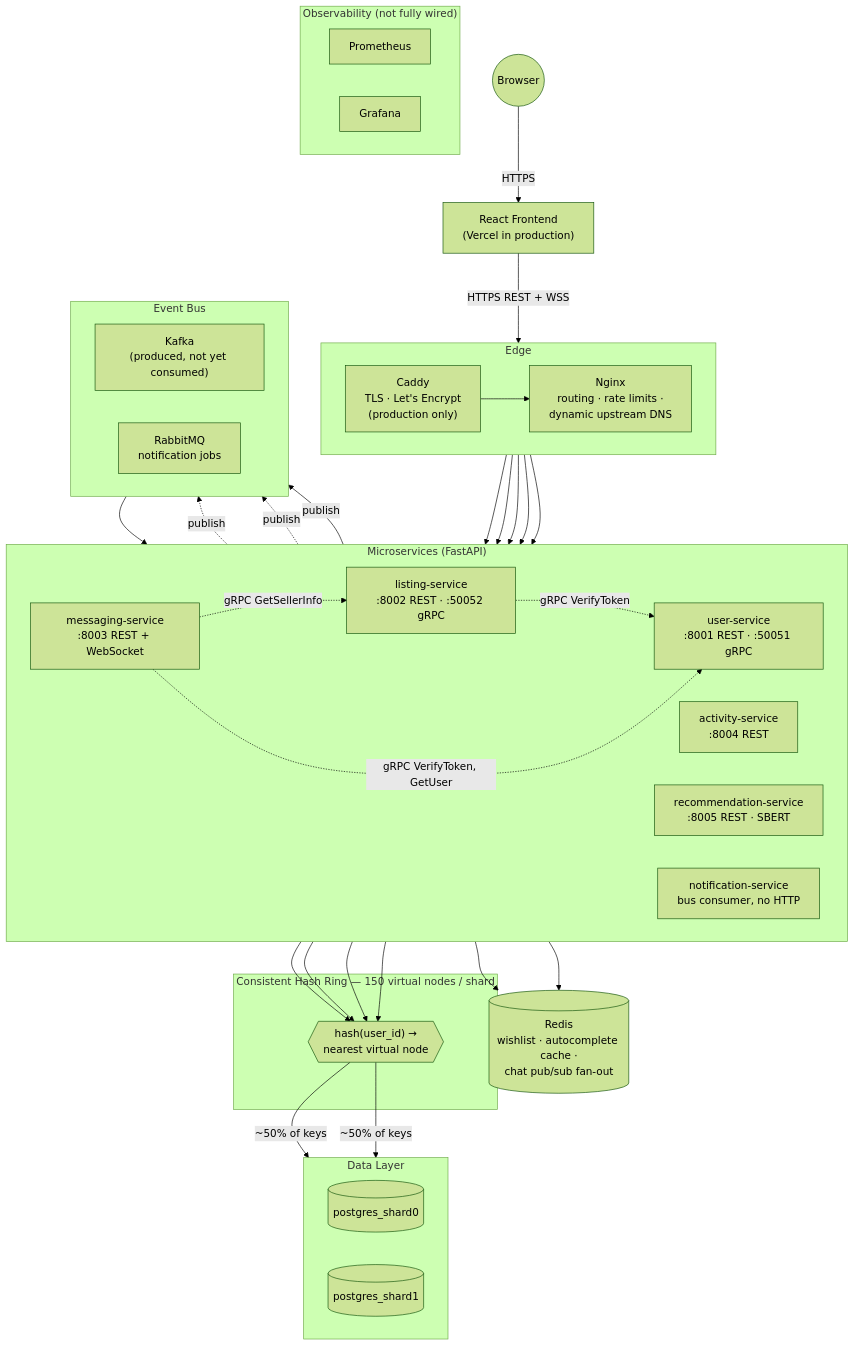
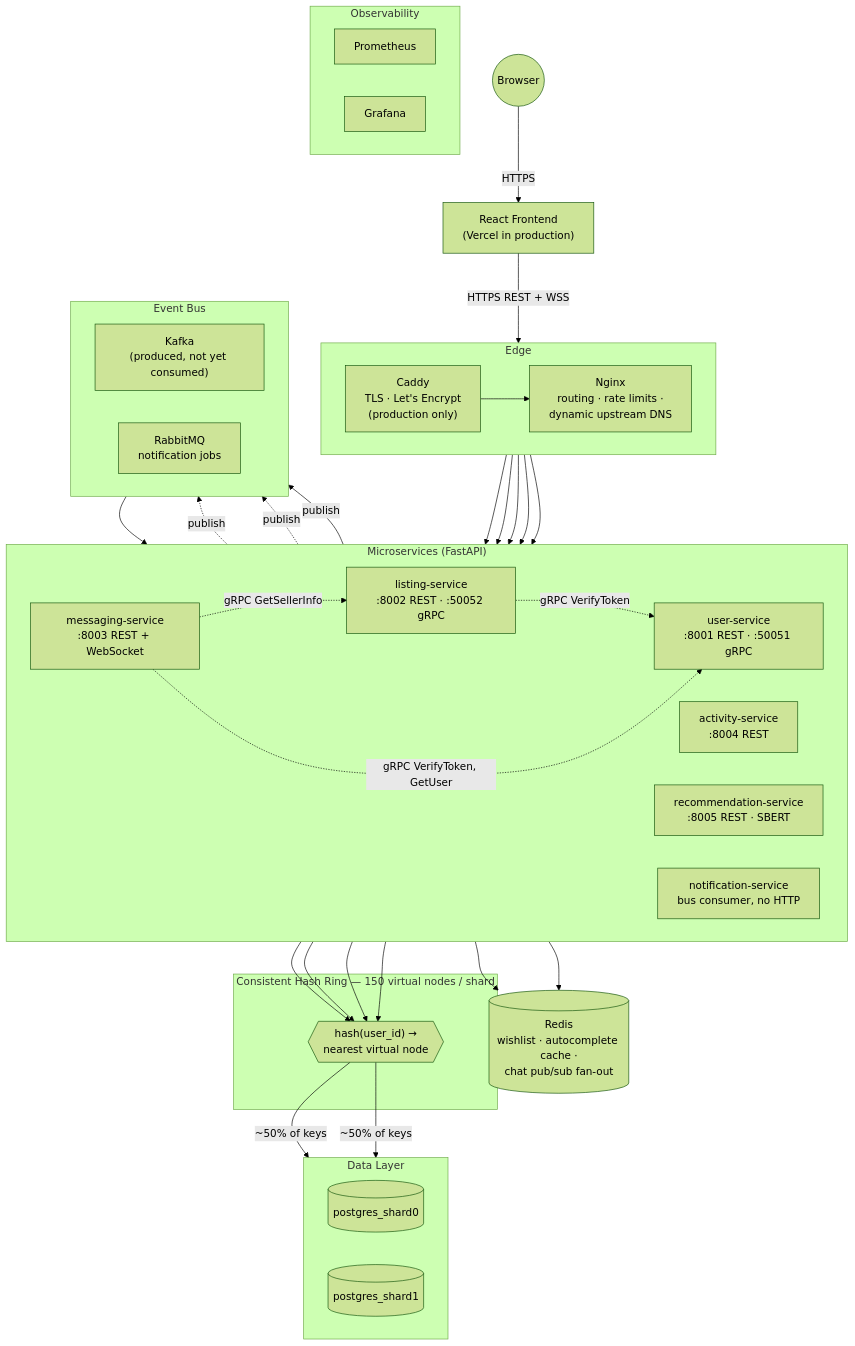
Before and after one commit to meghnanag2/electrohub-distributed-marketplace: the first of 4 diagrams in README.md, drawn with Mermaid (forest theme). The commit also changed other lines of this file, not shown here.

````diff
--- a/README.md
+++ b/README.md
@@ -163,73 +163,73 @@
 ```mermaid
 flowchart TB
     User(("Browser"))
 
     User -- "HTTPS" --> FE["React Frontend<br/>(Vercel in production)"]
     FE -- "HTTPS REST + WSS" --> EDGE
 
     subgraph EDGE ["Edge"]
         direction LR
         CADDY["Caddy<br/>TLS · Let's Encrypt<br/>(production only)"]
         NGINX["Nginx<br/>routing · rate limits ·<br/>dynamic upstream DNS"]
         CADDY --> NGINX
     end
 
     subgraph SVC ["Microservices (FastAPI)"]
         direction LR
         US["user-service<br/>:8001 REST · :50051 gRPC"]
         LS["listing-service<br/>:8002 REST · :50052 gRPC"]
         MS["messaging-service<br/>:8003 REST + WebSocket"]
         AS["activity-service<br/>:8004 REST"]
         RS["recommendation-service<br/>:8005 REST · SBERT"]
         NS["notification-service<br/>bus consumer, no HTTP"]
     end
 
     NGINX --> US
     NGINX --> LS
     NGINX --> MS
     NGINX --> AS
     NGINX --> RS
 
     LS -. "gRPC VerifyToken" .-> US
     MS -. "gRPC VerifyToken, GetUser" .-> US
     MS -. "gRPC GetSellerInfo" .-> LS
 
     subgraph RING ["Consistent Hash Ring — 150 virtual nodes / shard"]
         HASH{{"hash(user_id) →<br/>nearest virtual node"}}
     end
 
     US --> HASH
     LS --> HASH
     MS --> HASH
     AS --> HASH
 
     subgraph DATA ["Data Layer"]
         direction LR
         PG0[("postgres_shard0")]
         PG1[("postgres_shard1")]
     end
 
     HASH -->|"~50% of keys"| PG0
     HASH -->|"~50% of keys"| PG1
 
     RD[("Redis<br/>wishlist · autocomplete cache ·<br/>chat pub/sub fan-out")]
     LS --> RD
     MS --> RD
 
     subgraph BUS ["Event Bus"]
         direction LR
         KF["Kafka<br/>(produced, not yet consumed)"]
         RMQ["RabbitMQ<br/>notification jobs"]
     end
 
     LS -. publish .-> KF
     MS -. publish .-> KF
     MS -- publish --> RMQ
     RMQ --> NS
 
-    subgraph OBS ["Observability (not fully wired)"]
+    subgraph OBS ["Observability"]
         direction LR
         PROM["Prometheus"]
         GRAF["Grafana"]
     end
 ```
````
